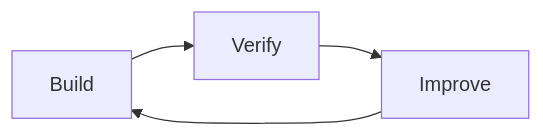
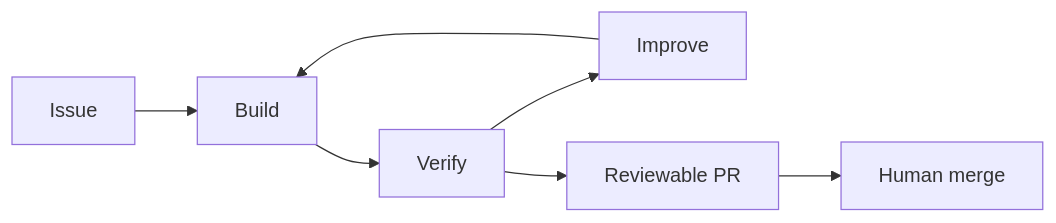
Before and after one commit to kaizen-agents-org/.github: the first of 2 diagrams in profile/README.md, drawn with Mermaid. The commit also changed other lines of this file and 2 other files, not shown here.

````diff
--- a/profile/README.md
+++ b/profile/README.md
@@ -17,6 +17,9 @@
 ```mermaid
 flowchart LR
-    Build["Build"] --> Verify["Verify"]
+    Issue["Issue"] --> Build["Build"]
+    Build --> Verify["Verify"]
     Verify --> Improve["Improve"]
     Improve --> Build
+    Verify --> PR["Reviewable PR"]
+    PR --> Merge["Human merge"]
 ```
````
